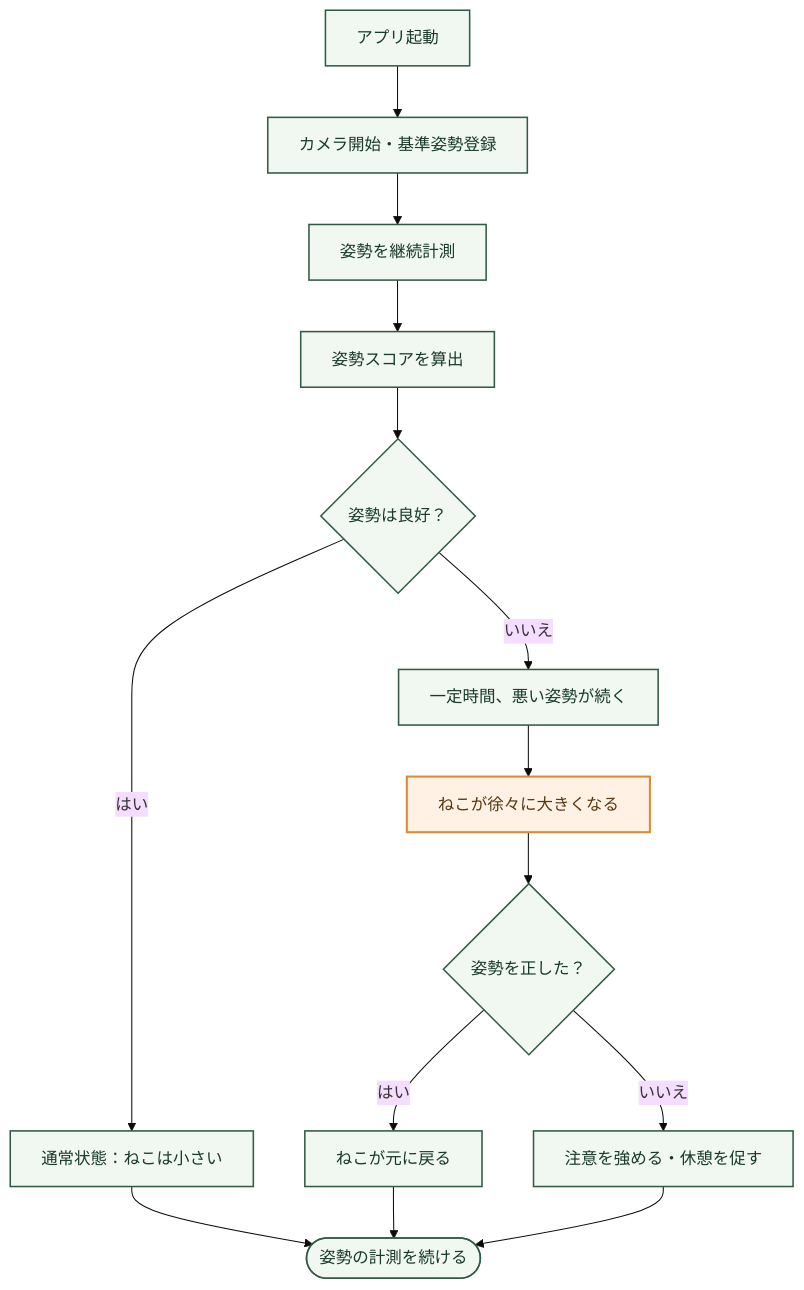
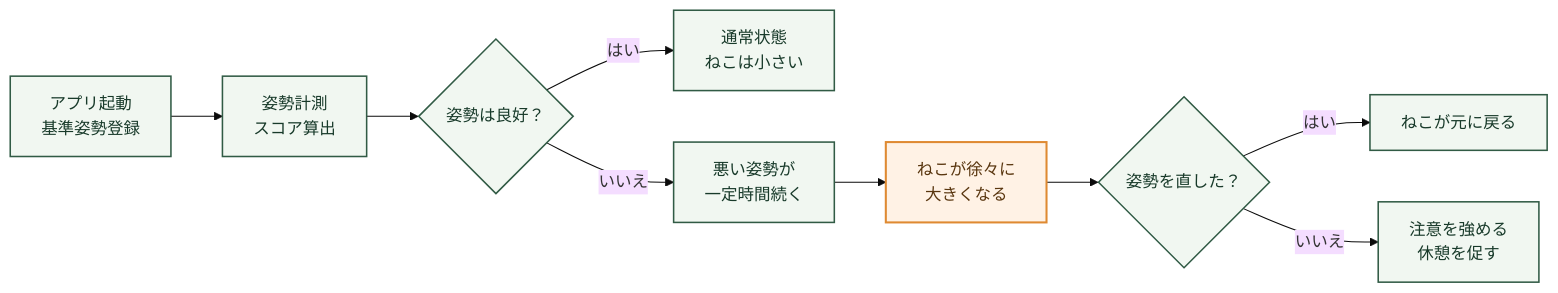
Before and after one commit to jphacks/kz_2615: the second of 2 diagrams in README.md, drawn with Mermaid (base theme). The commit also changed other lines of this file, not shown here.

Commit message:
Update flowchart for posture detection process

````diff
--- a/README.md
+++ b/README.md
@@ -63,20 +66,20 @@
 ```mermaid
-flowchart TB
-    A["アプリ起動"] --> B["カメラ開始・基準姿勢登録"]
-    B --> C["姿勢を継続計測"]
-    C --> D["姿勢スコアを算出"]
-    D --> E{"姿勢は良好？"}
-    E -->|はい| F["通常状態：ねこは小さい"]
-    E -->|いいえ| G["一定時間、悪い姿勢が続く"]
-    G --> H["ねこが徐々に大きくなる"]
-    H --> I{"姿勢を正した？"}
-    I -->|はい| J["ねこが元に戻る"]
-    I -->|いいえ| K["注意を強める・休憩を促す"]
-    F --> L(["姿勢の計測を続ける"])
-    J --> L
-    K --> L
-    classDef step fill:#f1f7f1,stroke:#315b45,color:#183a2a,stroke-width:1.5px;
-    classDef notice fill:#fff2e5,stroke:#df8a32,color:#59360f,stroke-width:2px;
-    class A,B,C,D,E,F,G,I,J,K,L step;
-    class H notice;
+flowchart LR
+    A["アプリ起動<br/>基準姿勢登録"] --> B["姿勢計測<br/>スコア算出"]
+    B --> C{"姿勢は良好？"}
+
+    C -->|はい| D["通常状態<br/>ねこは小さい"]
+    C -->|いいえ| E["悪い姿勢が<br/>一定時間続く"]
+
+    E --> F["ねこが徐々に<br/>大きくなる"]
+    F --> G{"姿勢を直した？"}
+
+    G -->|はい| H["ねこが元に戻る"]
+    G -->|いいえ| I["注意を強める<br/>休憩を促す"]
+
+    classDef normal fill:#f1f7f1,stroke:#315b45,color:#183a2a,stroke-width:1.5px;
+    classDef warning fill:#fff2e5,stroke:#df8a32,color:#59360f,stroke-width:2px;
+
+    class A,B,C,D,E,G,H,I normal;
+    class F warning;
 ```
````
